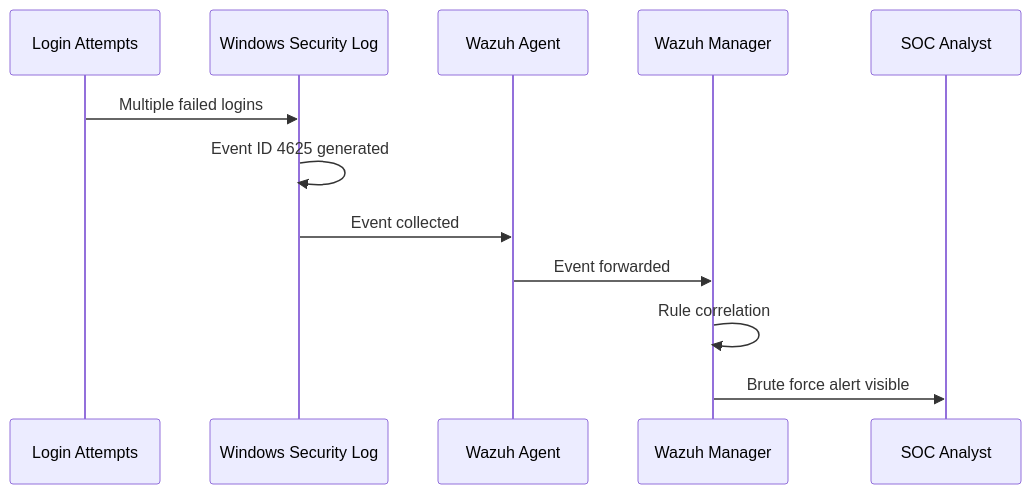
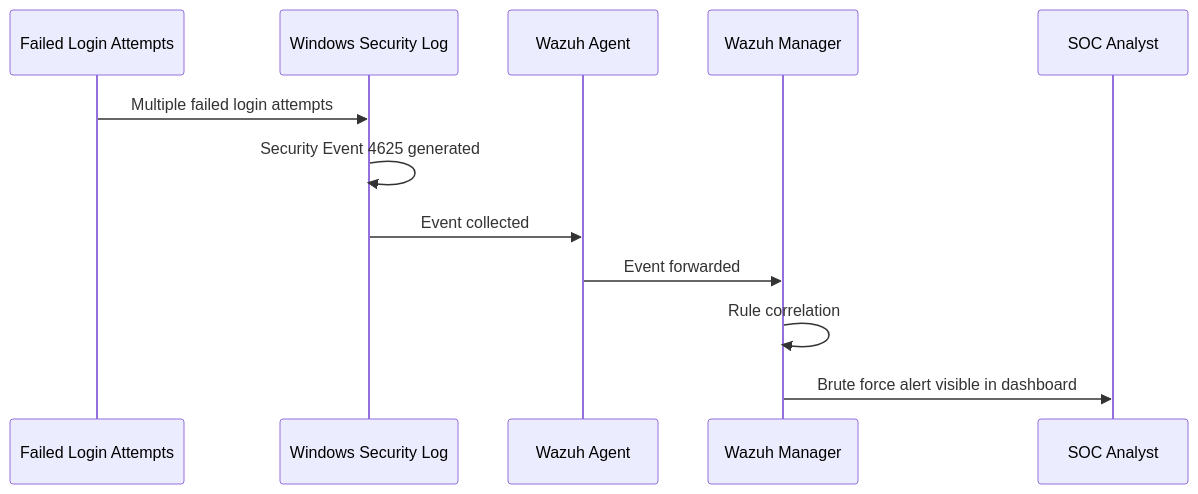
One commit to Jazz00001/enterprise-soc-lab-wazuh-mitre-detection changed the second of 9 diagrams in README.md. Above: the diagram before and after it, drawn with Mermaid. The commit also changed other lines of this file, not shown here.

````diff
--- a/README.md
+++ b/README.md
@@ -232,15 +214,15 @@
 ```mermaid
 sequenceDiagram
-    participant Source as Login Attempts
+    participant Attacker as Failed Login Attempts
     participant Windows as Windows Security Log
     participant Agent as Wazuh Agent
     participant Manager as Wazuh Manager
     participant Analyst as SOC Analyst
 
-    Source->>Windows: Multiple failed logins
-    Windows->>Windows: Event ID 4625 generated
+    Attacker->>Windows: Multiple failed login attempts
+    Windows->>Windows: Security Event 4625 generated
     Windows->>Agent: Event collected
     Agent->>Manager: Event forwarded
     Manager->>Manager: Rule correlation
-    Manager->>Analyst: Brute force alert visible
+    Manager->>Analyst: Brute force alert visible in dashboard
 ```
````
